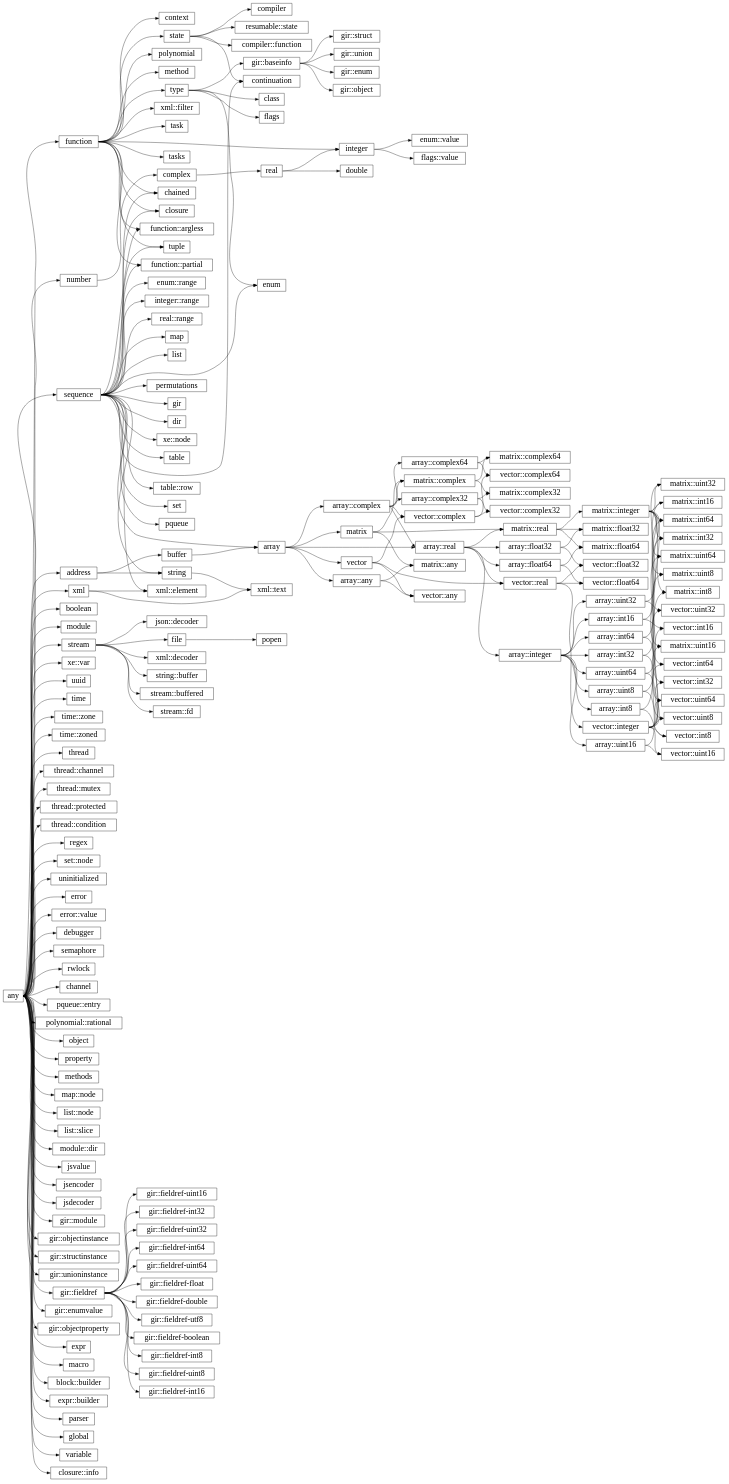
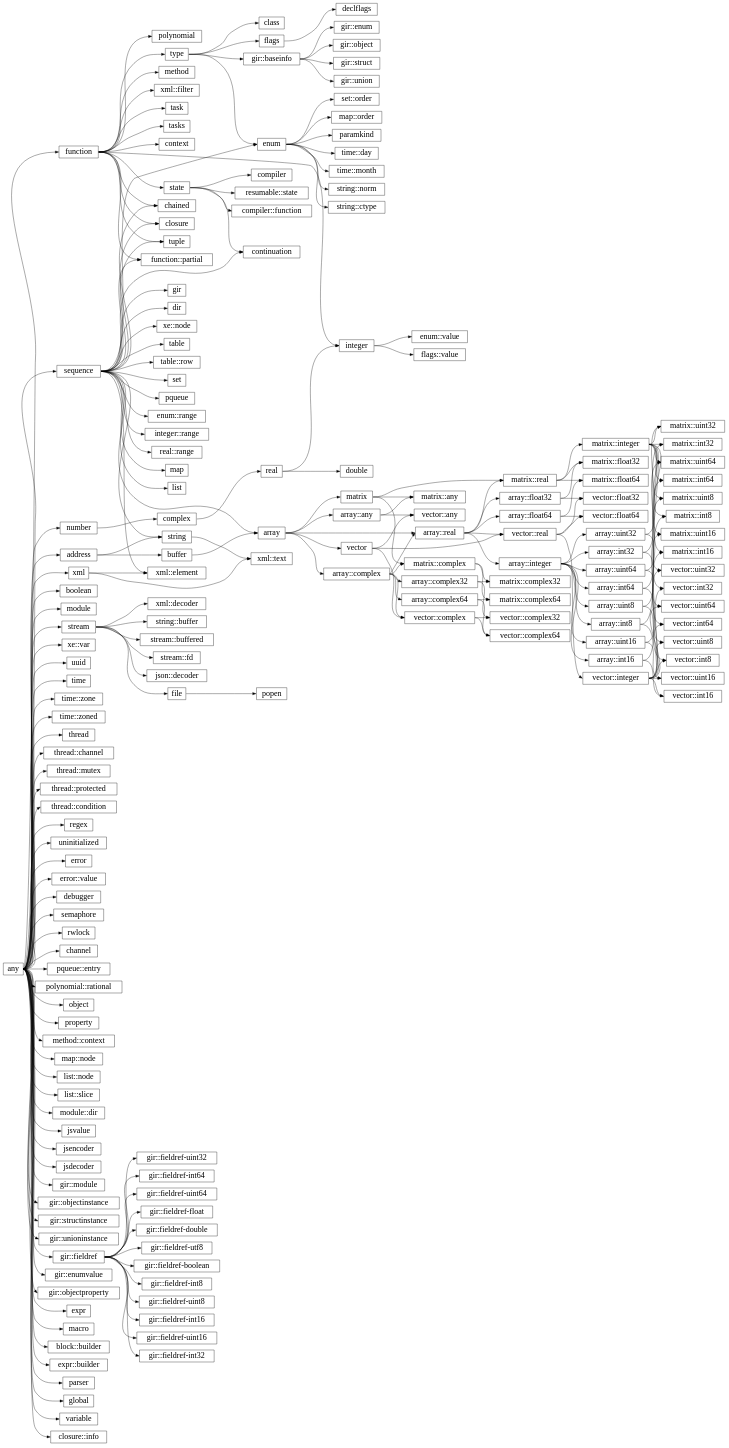
The diagram in docs/library/hierarchy.rst (wrapl/minilang), drawn with Graphviz before and after one commit. The commit also changed 38 other files, not shown here.

```diff
--- a/docs/library/hierarchy.rst
+++ b/docs/library/hierarchy.rst
@@ -17,8 +17,6 @@
       "function":e -> "type":w;
       "function":e -> "function::partial":w;
       "sequence":e -> "function::partial":w;
-      "function":e -> "function::argless":w;
-      "sequence":e -> "function::argless":w;
       "function":e -> "tuple":w;
       "sequence":e -> "tuple":w;
       "any":e -> "boolean":w;
@@ -34,6 +32,8 @@
       "any":e -> "xe::var":w;
       "any":e -> "uuid":w;
       "any":e -> "time":w;
+      "enum":e -> "time::day":w;
+      "enum":e -> "time::month":w;
       "any":e -> "time::zone":w;
       "any":e -> "time::zoned":w;
       "any":e -> "thread":w;
@@ -49,13 +49,15 @@
       "address":e -> "buffer":w;
       "address":e -> "string":w;
       "sequence":e -> "string":w;
+      "enum":e -> "string::norm":w;
+      "enum":e -> "string::ctype":w;
       "any":e -> "regex":w;
       "stream":e -> "string::buffer":w;
       "any":e -> "stream":w;
       "stream":e -> "stream::buffered":w;
       "stream":e -> "stream::fd":w;
       "sequence":e -> "set":w;
-      "any":e -> "set::node":w;
+      "enum":e -> "set::order":w;
       "function":e -> "chained":w;
       "sequence":e -> "chained":w;
       "function":e -> "context":w;
@@ -89,14 +91,14 @@
       "real":e -> "double":w;
       "sequence":e -> "integer::range":w;
       "sequence":e -> "real::range":w;
-      "any":e -> "methods":w;
+      "any":e -> "method::context":w;
       "function":e -> "method":w;
       "sequence":e -> "map":w;
+      "enum":e -> "map::order":w;
       "any":e -> "map::node":w;
       "sequence":e -> "list":w;
       "any":e -> "list::node":w;
       "any":e -> "list::slice":w;
-      "sequence":e -> "permutations":w;
       "any":e -> "module::dir":w;
       "stream":e -> "json::decoder":w;
       "any":e -> "jsvalue":w;
@@ -130,6 +132,8 @@
       "stream":e -> "file":w;
       "sequence":e -> "dir":w;
       "file":e -> "popen":w;
+      "flags":e -> "declflags":w;
+      "enum":e -> "paramkind":w;
       "state":e -> "compiler::function":w;
       "any":e -> "expr":w;
       "any":e -> "macro":w;
```
